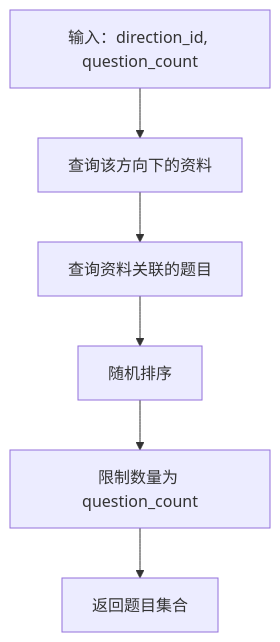
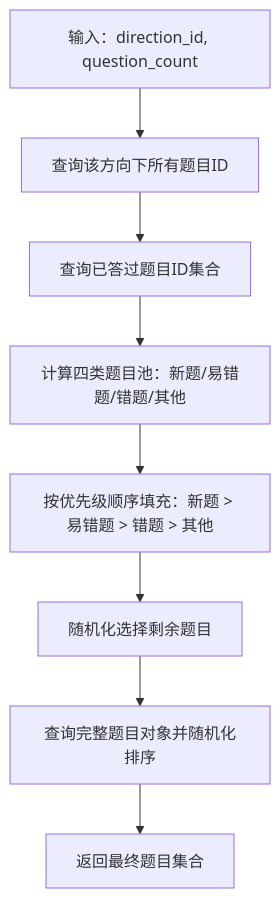
Before and after one commit to zhiwenli-jack/personal-learning-manager: the fifth of 9 diagrams in .qoder/repowiki/zh/content/后端API文档/测验系统API.md, drawn with Mermaid. The commit also changed other lines of this file and 12 other files, not shown here.

````diff
--- a/.qoder/repowiki/zh/content/后端API文档/测验系统API.md
+++ b/.qoder/repowiki/zh/content/后端API文档/测验系统API.md
@@ -196,8 +209,10 @@
 ```mermaid
 flowchart TD
-A["输入：direction_id, question_count"] --> B["查询该方向下的资料"]
-B --> C["查询资料关联的题目"]
-C --> D["随机排序"]
-D --> E["限制数量为 question_count"]
-E --> F["返回题目集合"]
+A["输入：direction_id, question_count"] --> B["查询该方向下所有题目ID"]
+B --> C["查询已答过题目ID集合"]
+C --> D["计算四类题目池：新题/易错题/错题/其他"]
+D --> E["按优先级顺序填充：新题 > 易错题 > 错题 > 其他"]
+E --> F["随机化选择剩余题目"]
+F --> G["查询完整题目对象并随机化排序"]
+G --> H["返回最终题目集合"]
 ```
````
